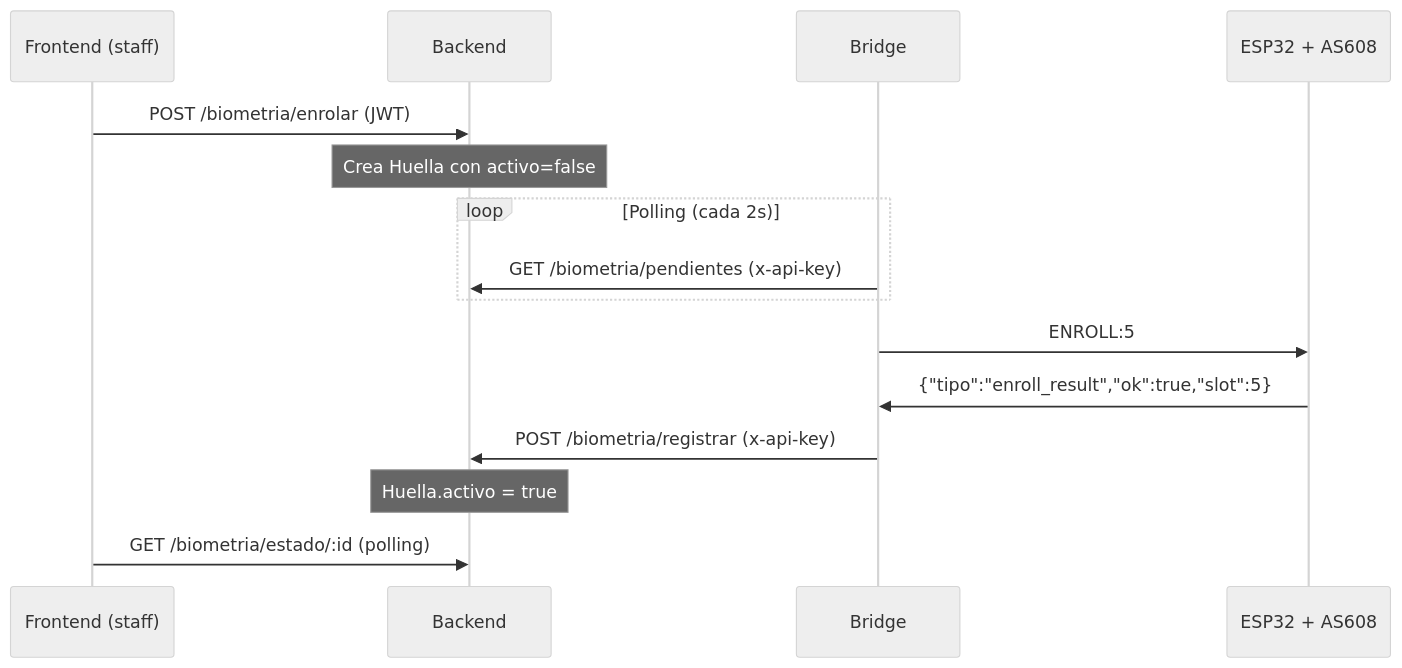
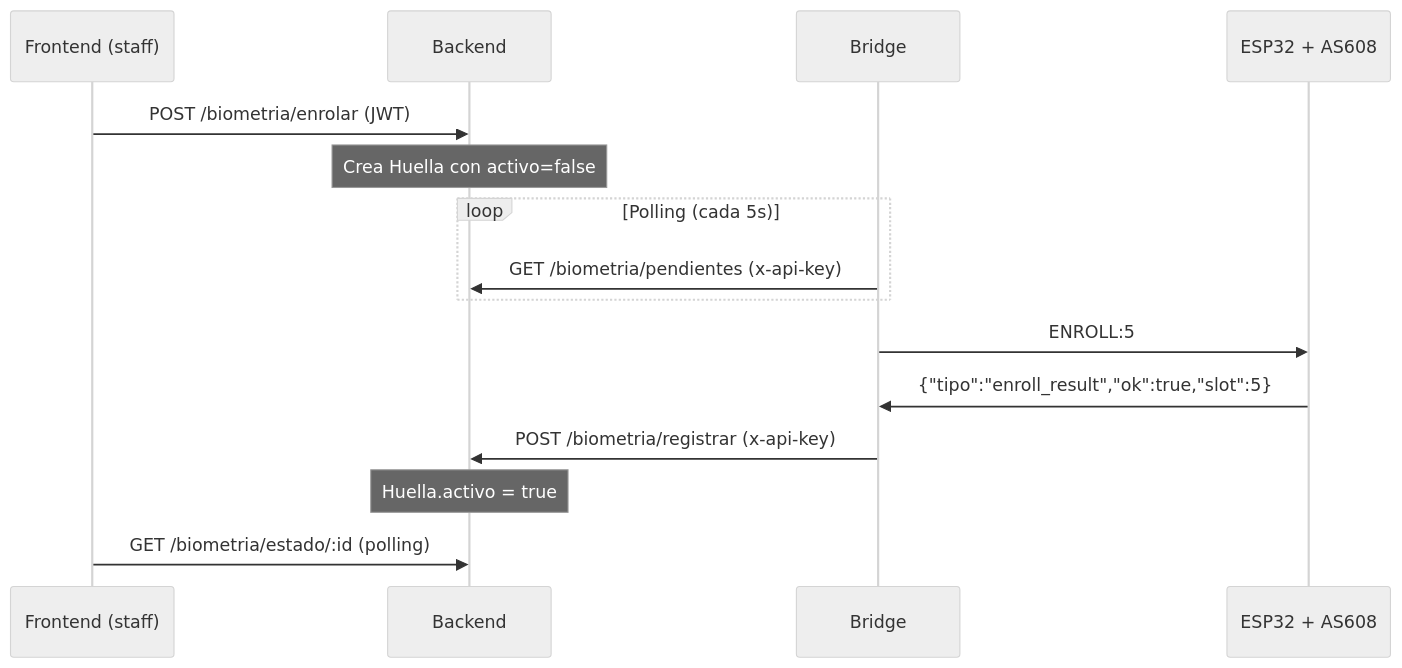
Before and after one commit to SebastianDavid2006/Unifit_Final_Project: the second of 3 diagrams in hardware/README.md, drawn with Mermaid (neutral theme). The commit also changed other lines of this file and 4 other files, not shown here.

````diff
--- a/hardware/README.md
+++ b/hardware/README.md
@@ -38,18 +38,18 @@
 ```mermaid
 sequenceDiagram
     participant FE as Frontend (staff)
     participant BE as Backend
     participant BR as Bridge
     participant HW as ESP32 + AS608
 
     FE->>BE: POST /biometria/enrolar (JWT)
     Note over BE: Crea Huella con activo=false
-    loop Polling (cada 2s)
+    loop Polling (cada 5s)
         BR->>BE: GET /biometria/pendientes (x-api-key)
     end
     BR->>HW: ENROLL:5
     HW->>BR: {"tipo":"enroll_result","ok":true,"slot":5}
     BR->>BE: POST /biometria/registrar (x-api-key)
     Note over BE: Huella.activo = true
     FE->>BE: GET /biometria/estado/:id (polling)
 ```
````
